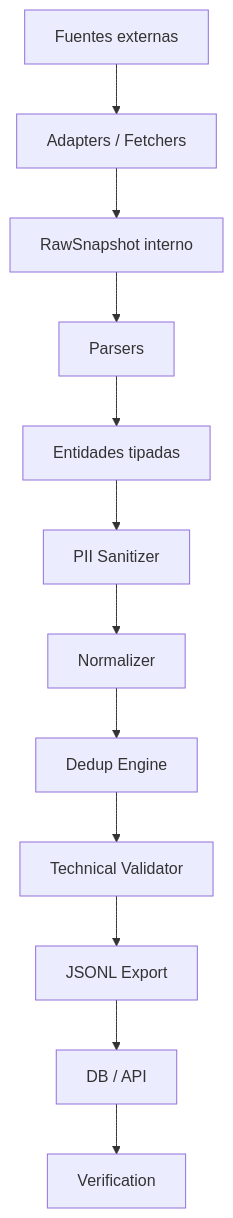
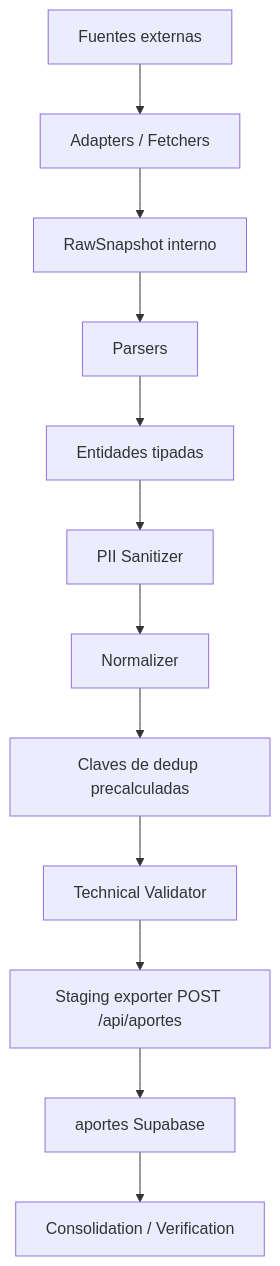
One commit to DataVenezuela/VenezuelaDataCrisis changed the diagram in docs/pipeline.md. Above: the diagram before and after it, drawn with Mermaid. The commit also changed other lines of this file and 14 other files, not shown here.

````diff
--- a/docs/pipeline.md
+++ b/docs/pipeline.md
@@ -109,14 +114,14 @@
 ```mermaid
 flowchart TD
     A[Fuentes externas] --> B[Adapters / Fetchers]
     B --> C[RawSnapshot interno]
     C --> D[Parsers]
     D --> E[Entidades tipadas]
     E --> F[PII Sanitizer]
     F --> G[Normalizer]
-    G --> H[Dedup Engine]
+    G --> H[Claves de dedup precalculadas]
     H --> I[Technical Validator]
-    I --> J[JSONL Export]
-    J --> K[DB / API]
-    K --> L[Verification]
+    I --> J[Staging exporter POST /api/aportes]
+    J --> K[aportes Supabase]
+    K --> L[Consolidation / Verification]
 ```
````
